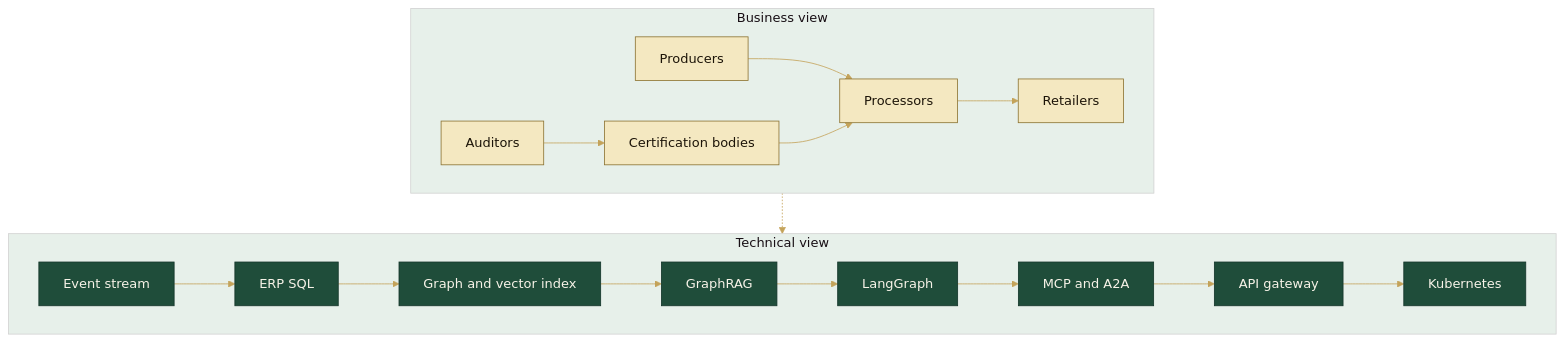
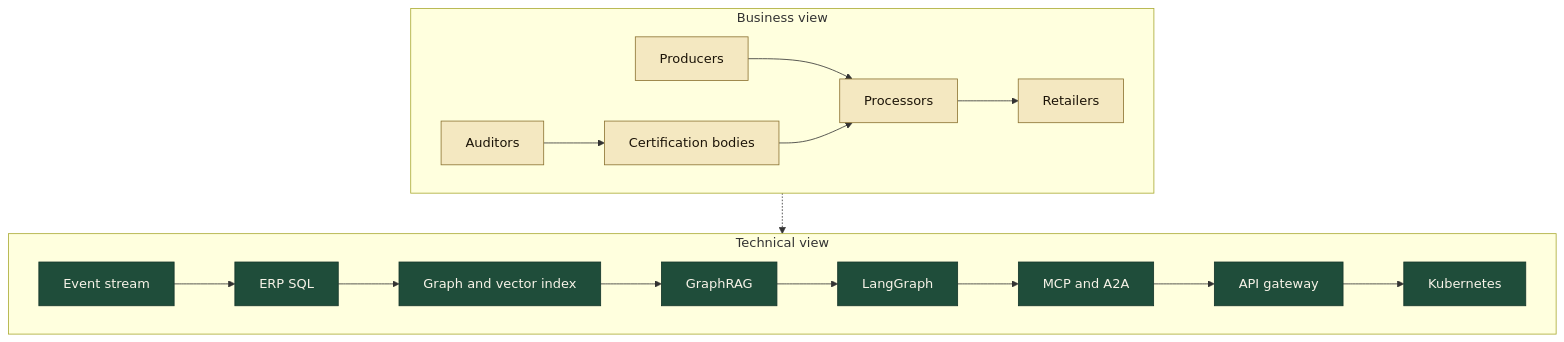
The sixth of 7 diagrams in README.md (MourabitElBachir/traceability-graph-agents), drawn with Mermaid before and after one commit. The commit also changed other lines of this file and 19 other files, not shown here.

Commit message:
docs: fix Mermaid rendering, add French README and data walkthrough (#2)

````diff
--- a/README.md
+++ b/README.md
@@ -276,30 +651,29 @@
 ```mermaid
-%%{init: {'theme': 'base', 'themeVariables': {'primaryColor': '#1F4D3A', 'primaryTextColor': '#F7F3E8', 'primaryBorderColor': '#14352A', 'lineColor': '#C4A35A', 'secondaryColor': '#F4E8C1', 'tertiaryColor': '#E7F0EA', 'fontFamily': 'Georgia, serif'}}}%%
 flowchart TB
   subgraph business [Business view]
     producers["Producers"]
     processors["Processors"]
     bodies["Certification bodies"]
     auditors["Auditors"]
     retailers["Retailers"]
     producers --> processors --> retailers
     bodies --> processors
     auditors --> bodies
   end
   subgraph technical [Technical view]
     stream["Event stream"]
     sql["ERP SQL"]
     neo["Graph and vector index"]
     rag["GraphRAG"]
     lg["LangGraph"]
     edge["MCP and A2A"]
     gw["API gateway"]
     k8s["Kubernetes"]
     stream --> sql --> neo --> rag --> lg --> edge --> gw --> k8s
   end
   business -.-> technical
   classDef biz fill:#F4E8C1,stroke:#8C7332,color:#1C1408;
   classDef tech fill:#1F4D3A,stroke:#14352A,color:#F7F3E8;
   class producers,processors,bodies,auditors,retailers biz;
   class stream,sql,neo,rag,lg,edge,gw,k8s tech;
 ```
````
